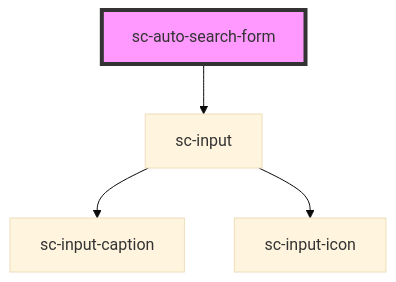
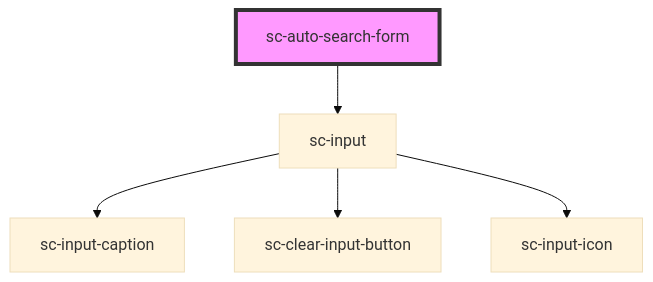
Before and after one commit to searchcraft-inc/searchcraft-javascript-sdks: the diagram in packages/searchcraft-web-components/src/components/sc-auto-search-form/readme.md, drawn with Mermaid (base theme). The commit also changed 8 other files, not shown here.

````diff
--- a/packages/searchcraft-web-components/src/components/sc-auto-search-form/readme.md
+++ b/packages/searchcraft-web-components/src/components/sc-auto-search-form/readme.md
@@ -35,7 +35,8 @@
 ```mermaid
 graph TD;
   sc-auto-search-form --> sc-input
   sc-input --> sc-input-caption
+  sc-input --> sc-clear-input-button
   sc-input --> sc-input-icon
   style sc-auto-search-form fill:#f9f,stroke:#333,stroke-width:4px
 ```
````
